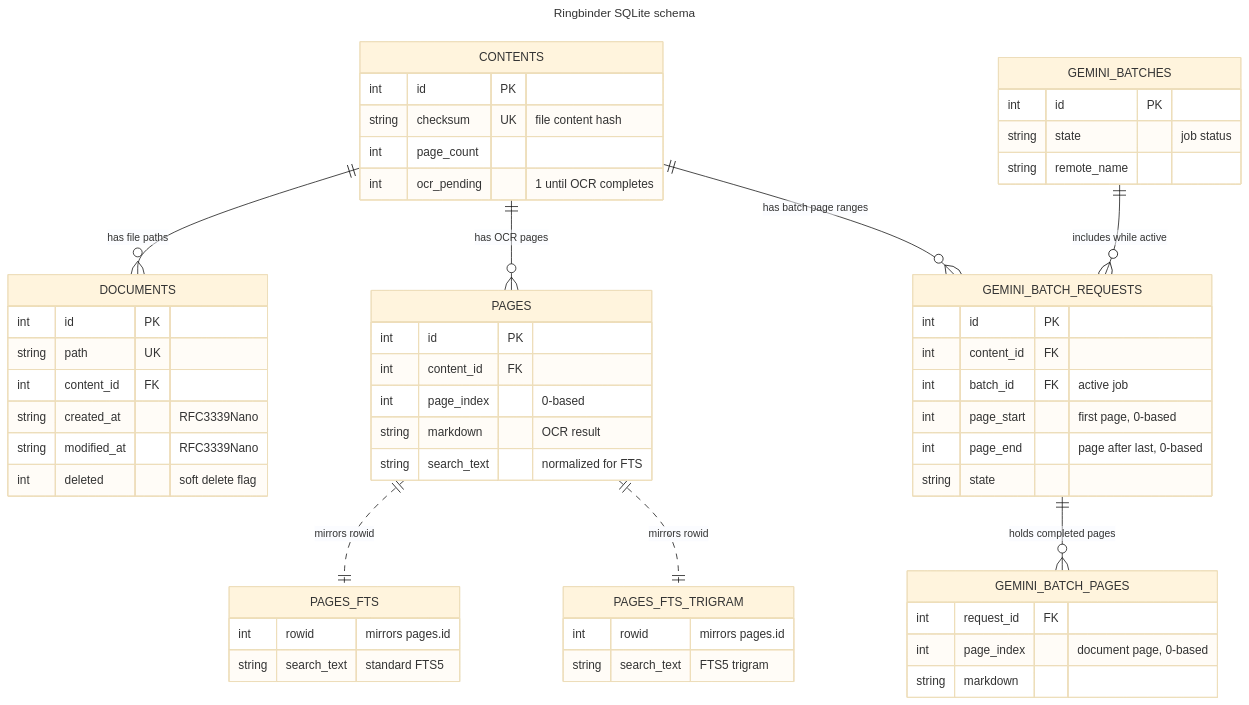
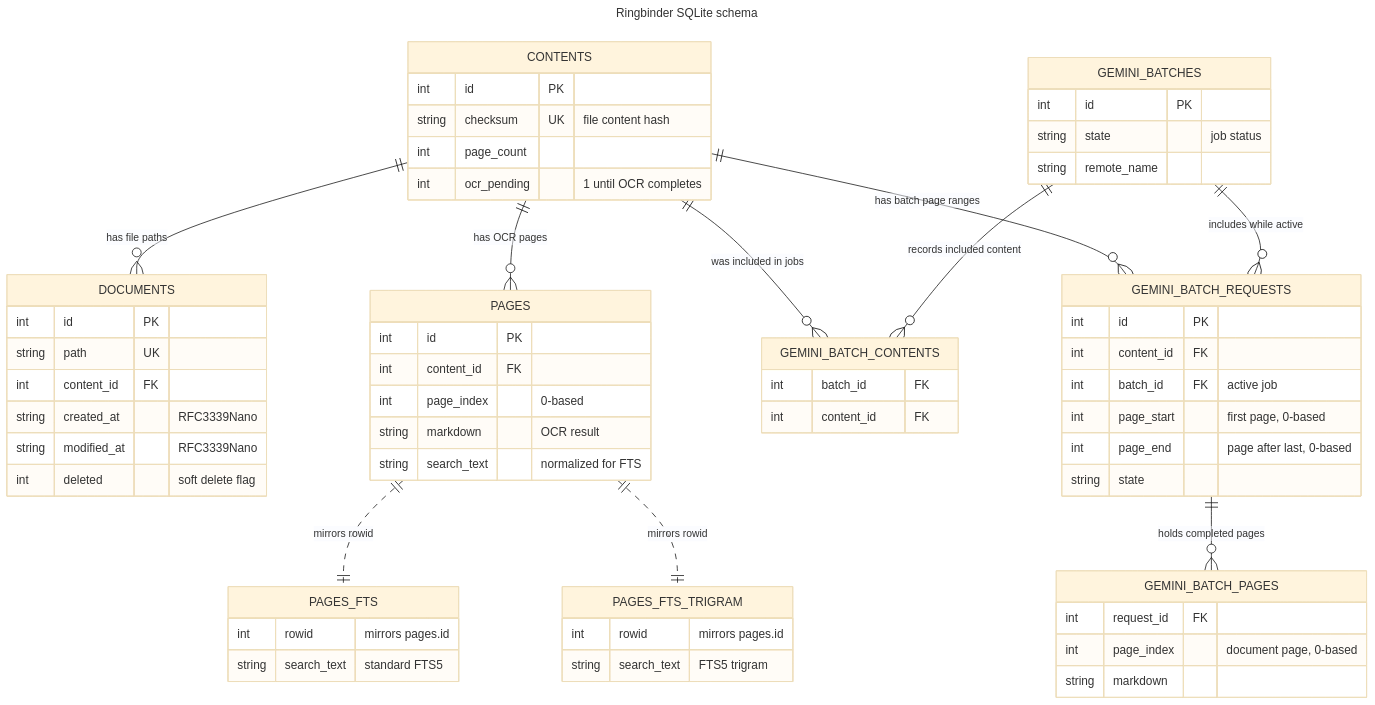
The diagram in README.md (maxim/ringbinder), drawn with Mermaid (base theme) before and after one commit. The commit also changed other lines of this file and 16 other files, not shown here.

````diff
--- a/README.md
+++ b/README.md
@@ -94,68 +94,75 @@
 ```mermaid
 ---
 title: Ringbinder SQLite schema
 ---
 erDiagram
     CONTENTS ||--o{ DOCUMENTS : "has file paths"
     CONTENTS ||--o{ PAGES : "has OCR pages"
+    CONTENTS ||--o{ GEMINI_BATCH_CONTENTS : "was included in jobs"
     CONTENTS ||--o{ GEMINI_BATCH_REQUESTS : "has batch page ranges"
+    GEMINI_BATCHES ||--o{ GEMINI_BATCH_CONTENTS : "records included content"
     GEMINI_BATCHES ||--o{ GEMINI_BATCH_REQUESTS : "includes while active"
     GEMINI_BATCH_REQUESTS ||--o{ GEMINI_BATCH_PAGES : "holds completed pages"
     PAGES ||..|| PAGES_FTS : "mirrors rowid"
     PAGES ||..|| PAGES_FTS_TRIGRAM : "mirrors rowid"
 
     CONTENTS {
         int id PK
         string checksum UK "file content hash"
         int page_count
         int ocr_pending "1 until OCR completes"
     }
 
     DOCUMENTS {
         int id PK
         string path UK
         int content_id FK
         string created_at "RFC3339Nano"
         string modified_at "RFC3339Nano"
         int deleted "soft delete flag"
     }
 
     PAGES {
         int id PK
         int content_id FK
         int page_index "0-based"
         string markdown "OCR result"
         string search_text "normalized for FTS"
     }
 
     PAGES_FTS {
         int rowid "mirrors pages.id"
         string search_text "standard FTS5"
     }
 
     PAGES_FTS_TRIGRAM {
         int rowid "mirrors pages.id"
         string search_text "FTS5 trigram"
     }
 
     GEMINI_BATCHES {
         int id PK
         string state "job status"
         string remote_name
     }
 
+    GEMINI_BATCH_CONTENTS {
+        int batch_id FK
+        int content_id FK
+    }
+
     GEMINI_BATCH_REQUESTS {
         int id PK
         int content_id FK
         int batch_id FK "active job"
         int page_start "first page, 0-based"
         int page_end "page after last, 0-based"
         string state
     }
 
     GEMINI_BATCH_PAGES {
         int request_id FK
         int page_index "document page, 0-based"
         string markdown
     }
 ```
````
